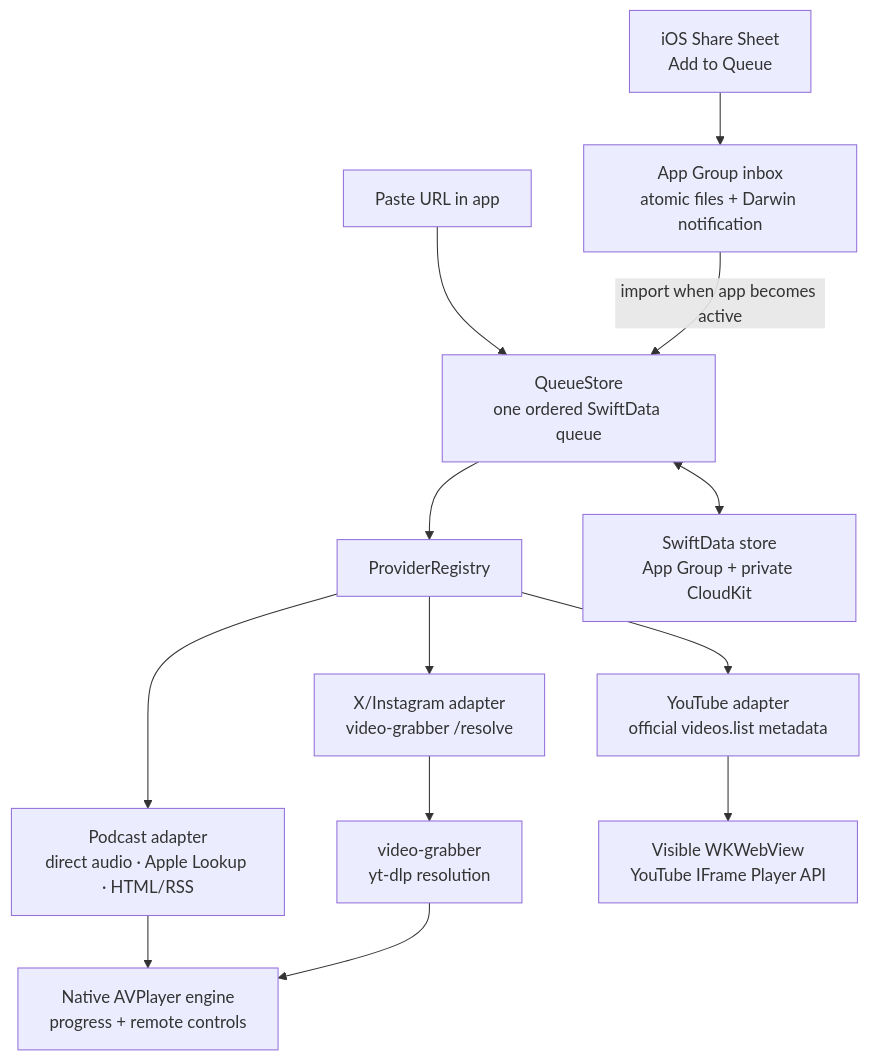
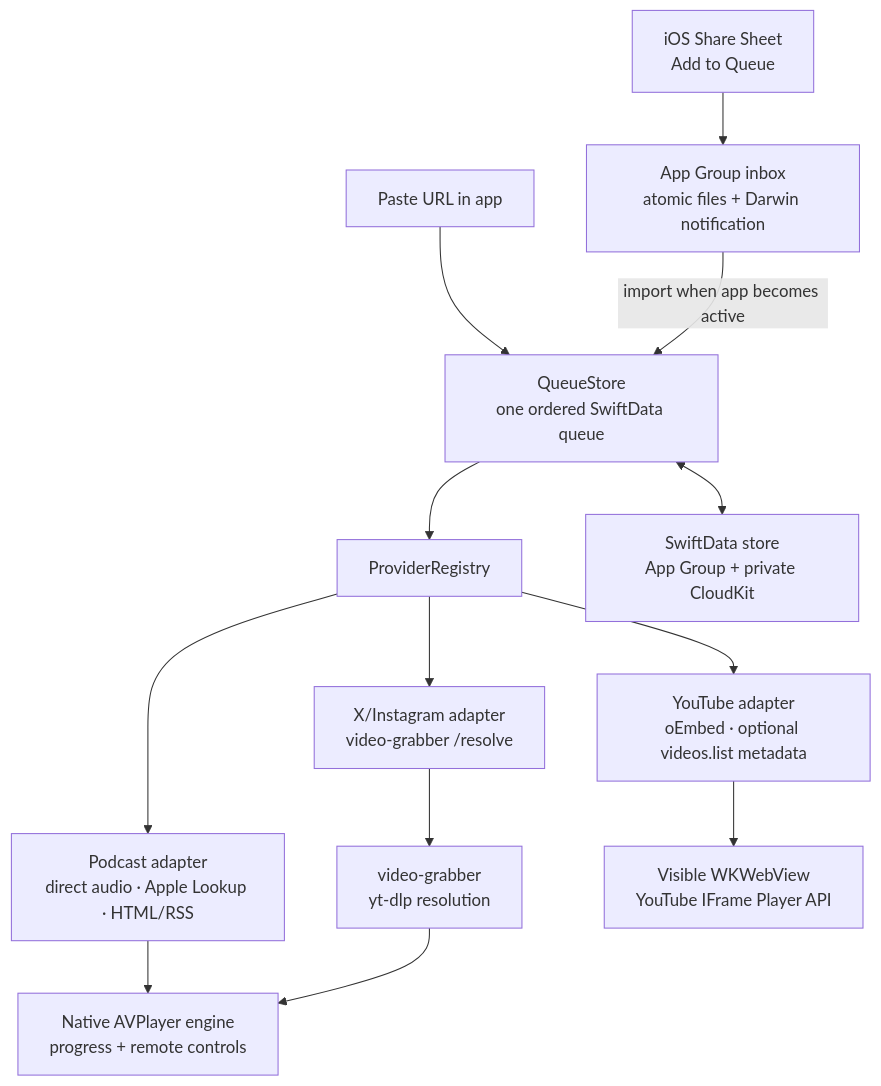
The diagram in README.md (Kevinmthau/listen-later), drawn with Mermaid before and after one commit. The commit also changed other lines of this file and 11 other files, not shown here.

Commit message:
Fix keyless YouTube queueing

````diff
--- a/README.md
+++ b/README.md
@@ -22,15 +22,15 @@
 ```mermaid
 flowchart TD
     Share["iOS Share Sheet<br>Add to Queue"] --> Inbox["App Group inbox<br>atomic files + Darwin notification"]
     Paste["Paste URL in app"] --> Queue
     Inbox -->|"import when app becomes active"| Queue["QueueStore<br>one ordered SwiftData queue"]
     Queue --> Registry["ProviderRegistry"]
     Registry --> Podcast["Podcast adapter<br>direct audio · Apple Lookup · HTML/RSS"]
     Registry --> Social["X/Instagram adapter<br>video-grabber /resolve"]
-    Registry --> YouTube["YouTube adapter<br>official videos.list metadata"]
+    Registry --> YouTube["YouTube adapter<br>oEmbed · optional videos.list metadata"]
     Podcast --> Native["Native AVPlayer engine<br>progress + remote controls"]
     Social --> Grabber["video-grabber<br>yt-dlp resolution"]
     Grabber --> Native
     YouTube --> IFrame["Visible WKWebView<br>YouTube IFrame Player API"]
     Queue <--> Store["SwiftData store<br>App Group + private CloudKit"]
 ```
````
